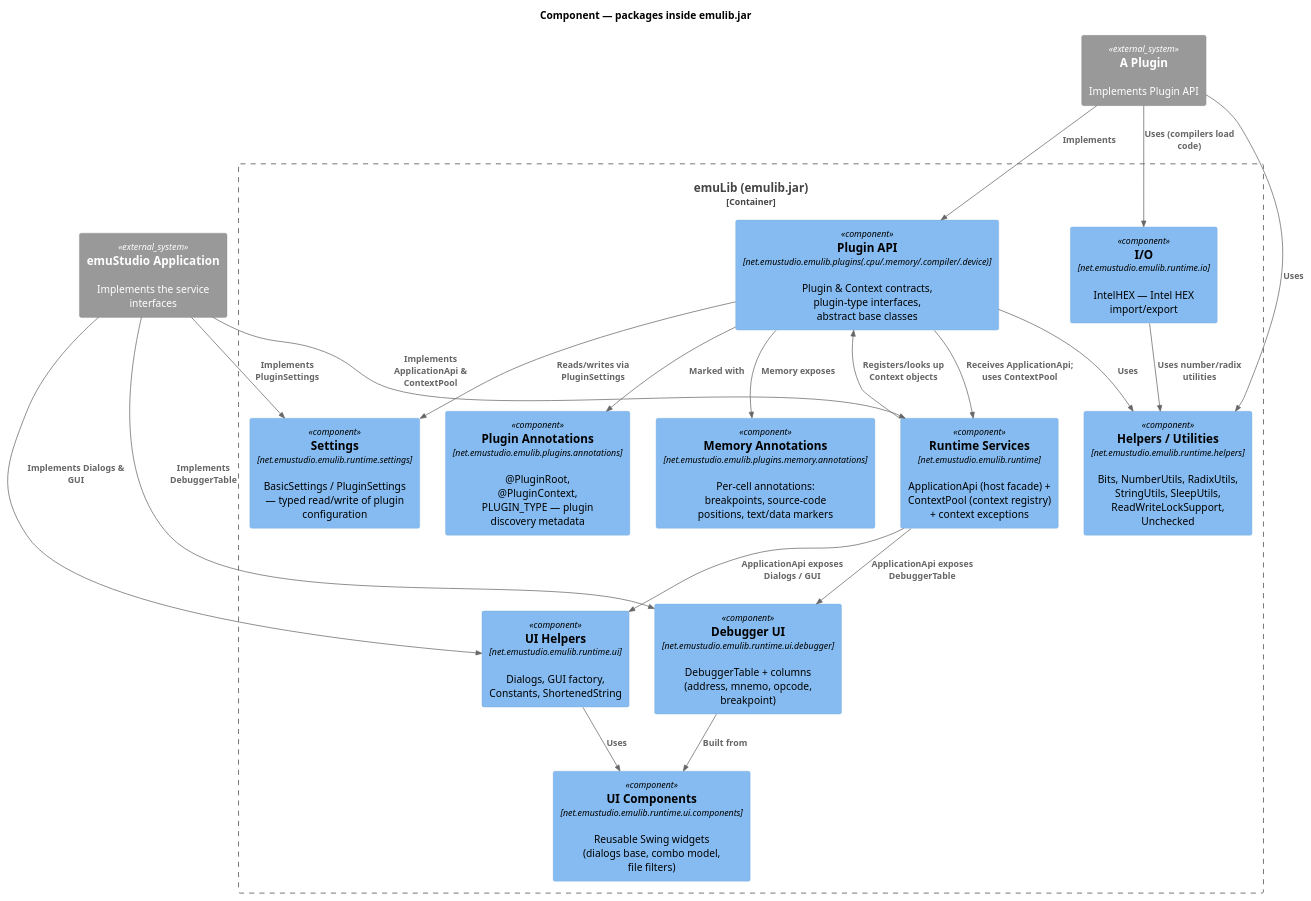
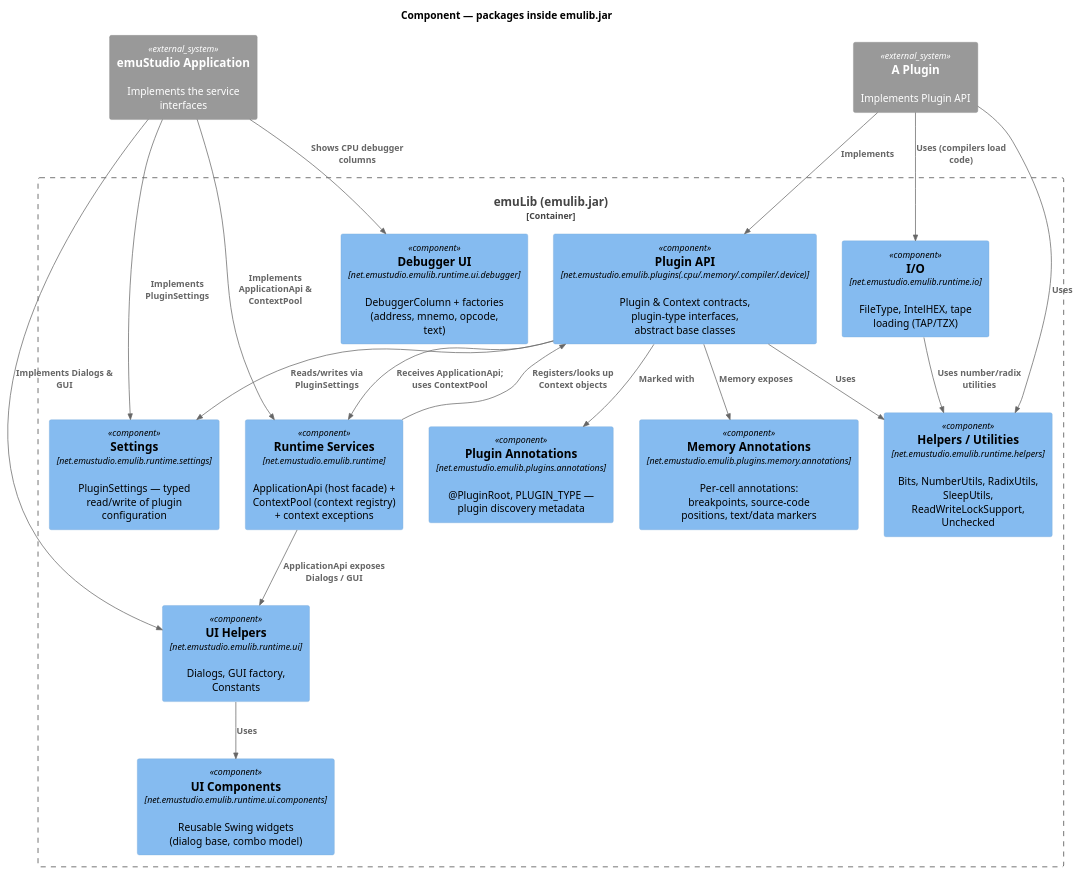
Before and after one commit to emustudio/emuLib: the third of 6 diagrams in docs/architecture.adoc, drawn with PlantUML. The commit also changed other lines of this file and 101 other files, not shown here.

First line of the commit message:
[#454] Simplify plugin API and consolidate helpers

```diff
--- a/docs/architecture.adoc
+++ b/docs/architecture.adoc
@@ -171,54 +171,52 @@
 [plantuml,c4-l3-component,svg]
 ....
 @startuml
 !include <C4/C4_Component>
 
 title Component — packages inside emulib.jar
 
 Container_Boundary(emulib, "emuLib (emulib.jar)") {
 
   Component(pluginApi, "Plugin API", "net.emustudio.emulib.plugins(.cpu/.memory/.compiler/.device)", "Plugin & Context contracts, plugin-type interfaces, abstract base classes")
-  Component(annotations, "Plugin Annotations", "net.emustudio.emulib.plugins.annotations", "@PluginRoot, @PluginContext, PLUGIN_TYPE — plugin discovery metadata")
+  Component(annotations, "Plugin Annotations", "net.emustudio.emulib.plugins.annotations", "@PluginRoot, PLUGIN_TYPE — plugin discovery metadata")
   Component(memAnno, "Memory Annotations", "net.emustudio.emulib.plugins.memory.annotations", "Per-cell annotations: breakpoints, source-code positions, text/data markers")
 
   Component(runtime, "Runtime Services", "net.emustudio.emulib.runtime", "ApplicationApi (host facade) + ContextPool (context registry) + context exceptions")
-  Component(settings, "Settings", "net.emustudio.emulib.runtime.settings", "BasicSettings / PluginSettings — typed read/write of plugin configuration")
+  Component(settings, "Settings", "net.emustudio.emulib.runtime.settings", "PluginSettings — typed read/write of plugin configuration")
 
-  Component(helpers, "Helpers / Utilities", "net.emustudio.emulib.runtime.helpers", "Bits, NumberUtils, RadixUtils, StringUtils, SleepUtils, ReadWriteLockSupport, Unchecked")
-  Component(io, "I/O", "net.emustudio.emulib.runtime.io", "IntelHEX — Intel HEX import/export")
+  Component(helpers, "Helpers / Utilities", "net.emustudio.emulib.runtime.helpers", "Bits, NumberUtils, RadixUtils, SleepUtils, ReadWriteLockSupport, Unchecked")
+  Component(io, "I/O", "net.emustudio.emulib.runtime.io", "FileType, IntelHEX, tape loading (TAP/TZX)")
 
-  Component(ui, "UI Helpers", "net.emustudio.emulib.runtime.ui", "Dialogs, GUI factory, Constants, ShortenedString")
-  Component(uiComp, "UI Components", "net.emustudio.emulib.runtime.ui.components", "Reusable Swing widgets (dialogs base, combo model, file filters)")
-  Component(debugger, "Debugger UI", "net.emustudio.emulib.runtime.ui.debugger", "DebuggerTable + columns (address, mnemo, opcode, breakpoint)")
+  Component(ui, "UI Helpers", "net.emustudio.emulib.runtime.ui", "Dialogs, GUI factory, Constants")
+  Component(uiComp, "UI Components", "net.emustudio.emulib.runtime.ui.components", "Reusable Swing widgets (dialog base, combo model)")
+  Component(debugger, "Debugger UI", "net.emustudio.emulib.runtime.ui.debugger", "DebuggerColumn + factories (address, mnemo, opcode, text)")
 }
 
 System_Ext(emustudio, "emuStudio Application", "Implements the service interfaces")
 System_Ext(plugin, "A Plugin", "Implements Plugin API")
 
 ' Plugin API wiring
 Rel(pluginApi, annotations, "Marked with")
 Rel(pluginApi, runtime, "Receives ApplicationApi; uses ContextPool")
 Rel(pluginApi, settings, "Reads/writes via PluginSettings")
 Rel(pluginApi, helpers, "Uses")
 Rel(pluginApi, memAnno, "Memory exposes")
 
 ' Runtime wiring
 Rel(runtime, pluginApi, "Registers/looks up Context objects")
 Rel(runtime, ui, "ApplicationApi exposes Dialogs / GUI")
-Rel(runtime, debugger, "ApplicationApi exposes DebuggerTable")
 
 Rel(io, helpers, "Uses number/radix utilities")
-Rel(debugger, uiComp, "Built from")
 Rel(ui, uiComp, "Uses")
 
 ' External
 Rel(plugin, pluginApi, "Implements")
 Rel(plugin, helpers, "Uses")
 Rel(plugin, io, "Uses (compilers load code)")
 Rel(emustudio, runtime, "Implements ApplicationApi & ContextPool")
 Rel(emustudio, settings, "Implements PluginSettings")
 Rel(emustudio, ui, "Implements Dialogs & GUI")
-Rel(emustudio, debugger, "Implements DebuggerTable")
+Rel(emustudio, debugger, "Shows CPU debugger columns")
 
 @enduml
 ....
```
